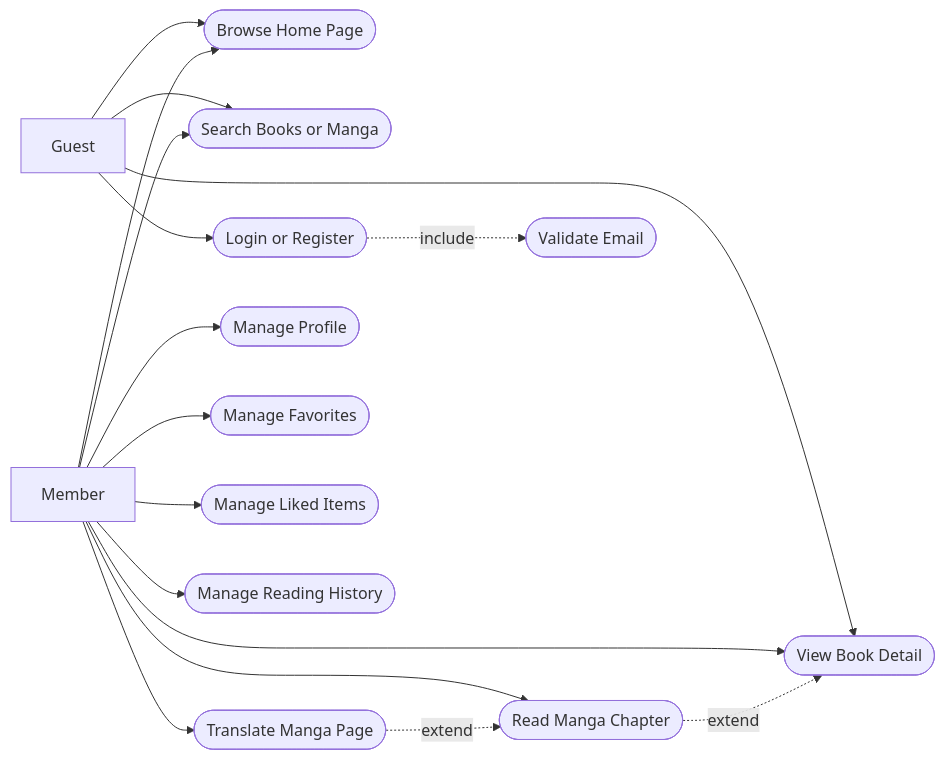
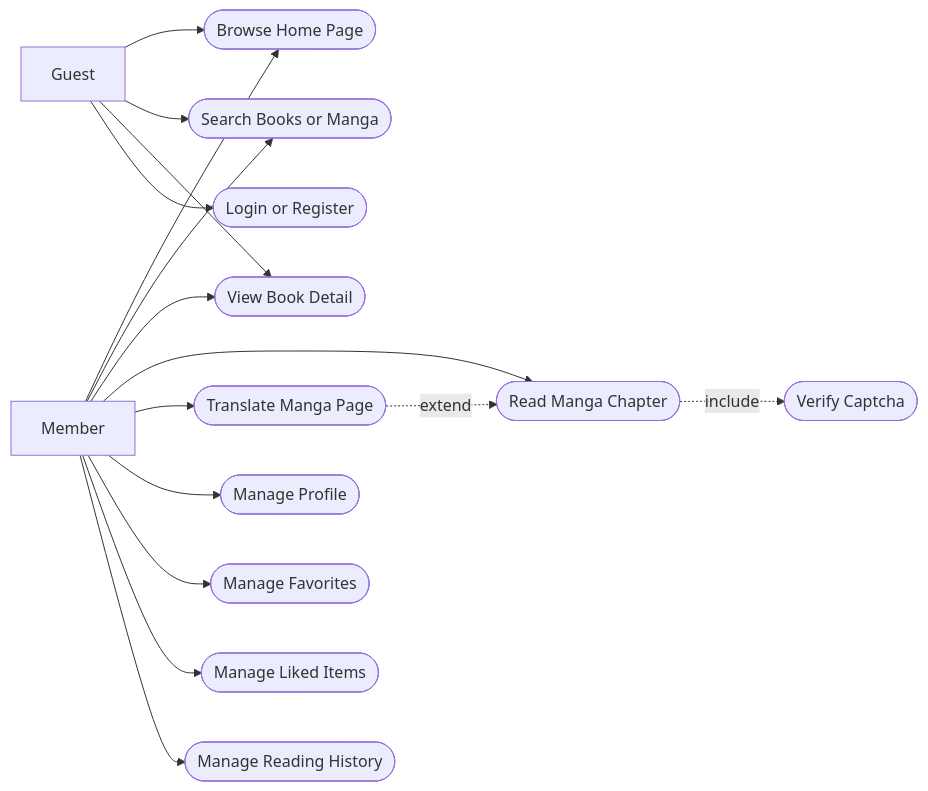
One commit to Slow-Inc/MangaDock changed the first of 6 diagrams in Documents/Software Engineer/UML_REPORT.md. Above: the diagram before and after it, drawn with Mermaid. The commit also changed other lines of this file and 54 other files, not shown here.

````diff
--- a/Documents/Software Engineer/UML_REPORT.md
+++ b/Documents/Software Engineer/UML_REPORT.md
@@ -16,36 +9,35 @@
 ```mermaid
 flowchart LR
   Guest[Guest]
   Member[Member]
 
   UC1([Browse Home Page])
   UC2([Search Books or Manga])
   UC3([View Book Detail])
   UC4([Read Manga Chapter])
   UC5([Translate Manga Page])
   UC6([Login or Register])
   UC7([Manage Profile])
   UC8([Manage Favorites])
   UC9([Manage Liked Items])
   UC10([Manage Reading History])
-  UC11([Validate Email])
+  UC11([Verify Captcha])
 
   Guest --> UC1
   Guest --> UC2
   Guest --> UC3
   Guest --> UC6
 
   Member --> UC1
   Member --> UC2
   Member --> UC3
   Member --> UC4
   Member --> UC5
   Member --> UC7
   Member --> UC8
   Member --> UC9
   Member --> UC10
 
-  UC6 -. include .-> UC11
-  UC4 -. extend .-> UC3
+  UC4 -. include .-> UC11
   UC5 -. extend .-> UC4
 ```
````
